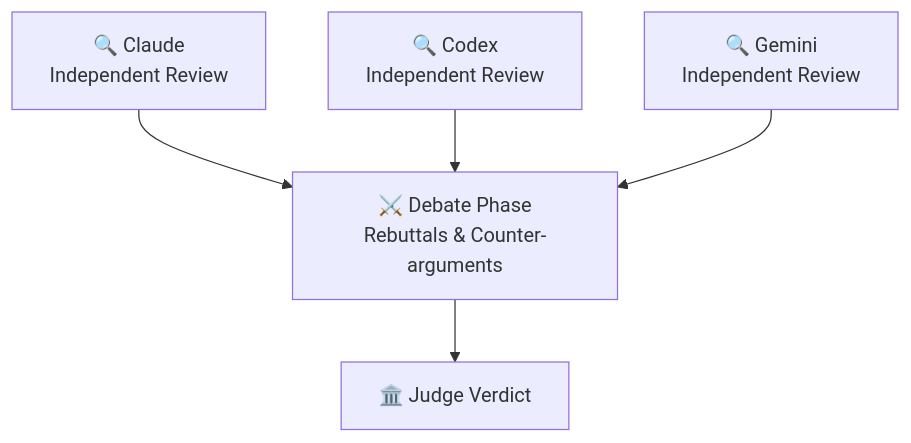
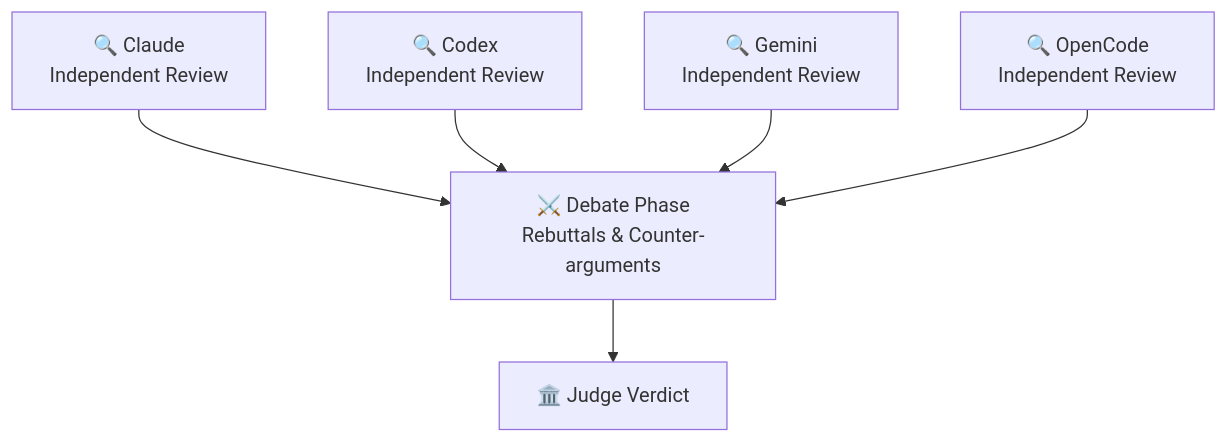
One commit to taehyeon0412/autopus-adk changed the third of 7 diagrams in README.md. Above: the diagram before and after it, drawn with Mermaid. The commit also changed other lines of this file, not shown here.

First line of the commit message:
docs(readme): 전체 업데이트 — 4개 신규 기능, OpenCode 플랫폼, 통계 현행화

````diff
--- a/README.md
+++ b/README.md
@@ -200,7 +200,8 @@
 ```mermaid
 flowchart TB
     C["🔍 Claude\nIndependent Review"] --> D["⚔️ Debate Phase\nRebuttals & Counter-arguments"]
     X["🔍 Codex\nIndependent Review"] --> D
     G["🔍 Gemini\nIndependent Review"] --> D
+    O["🔍 OpenCode\nIndependent Review"] --> D
     D --> J["🏛️ Judge Verdict"]
 ```
````
